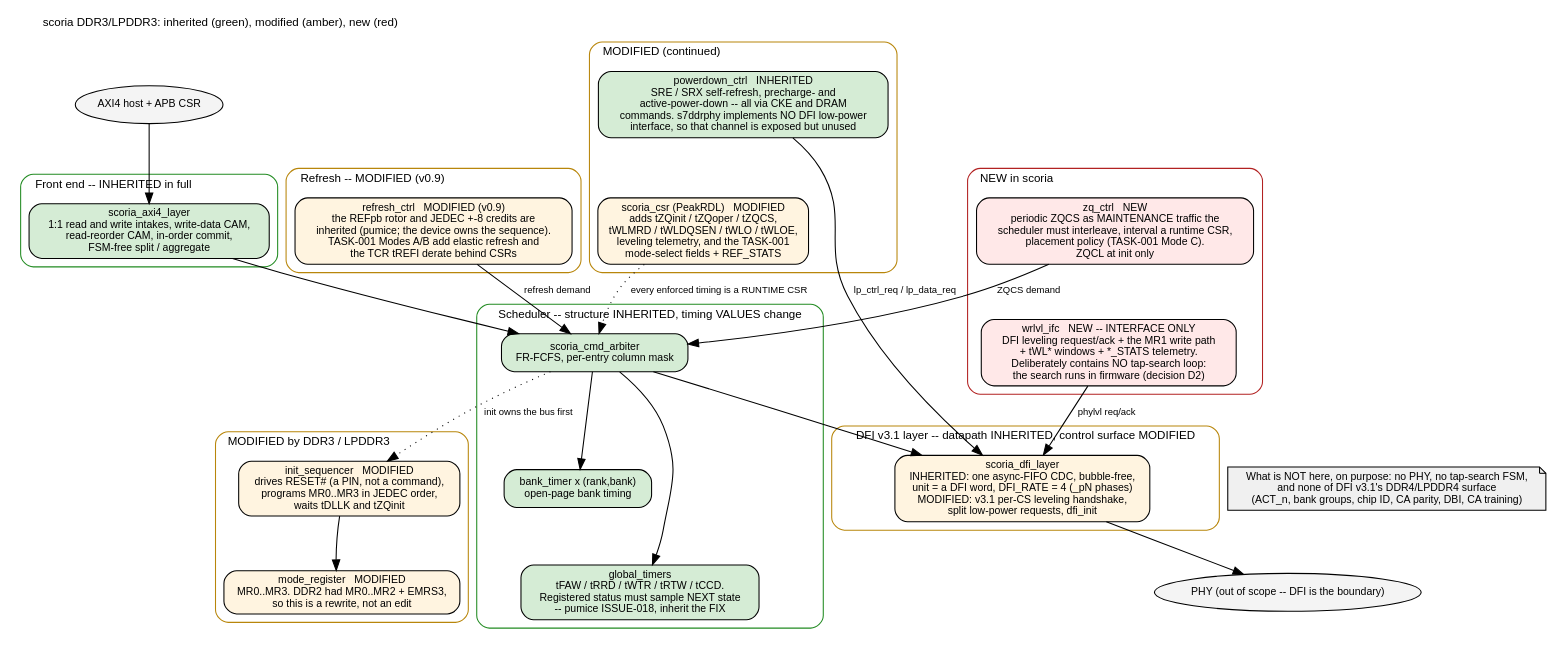
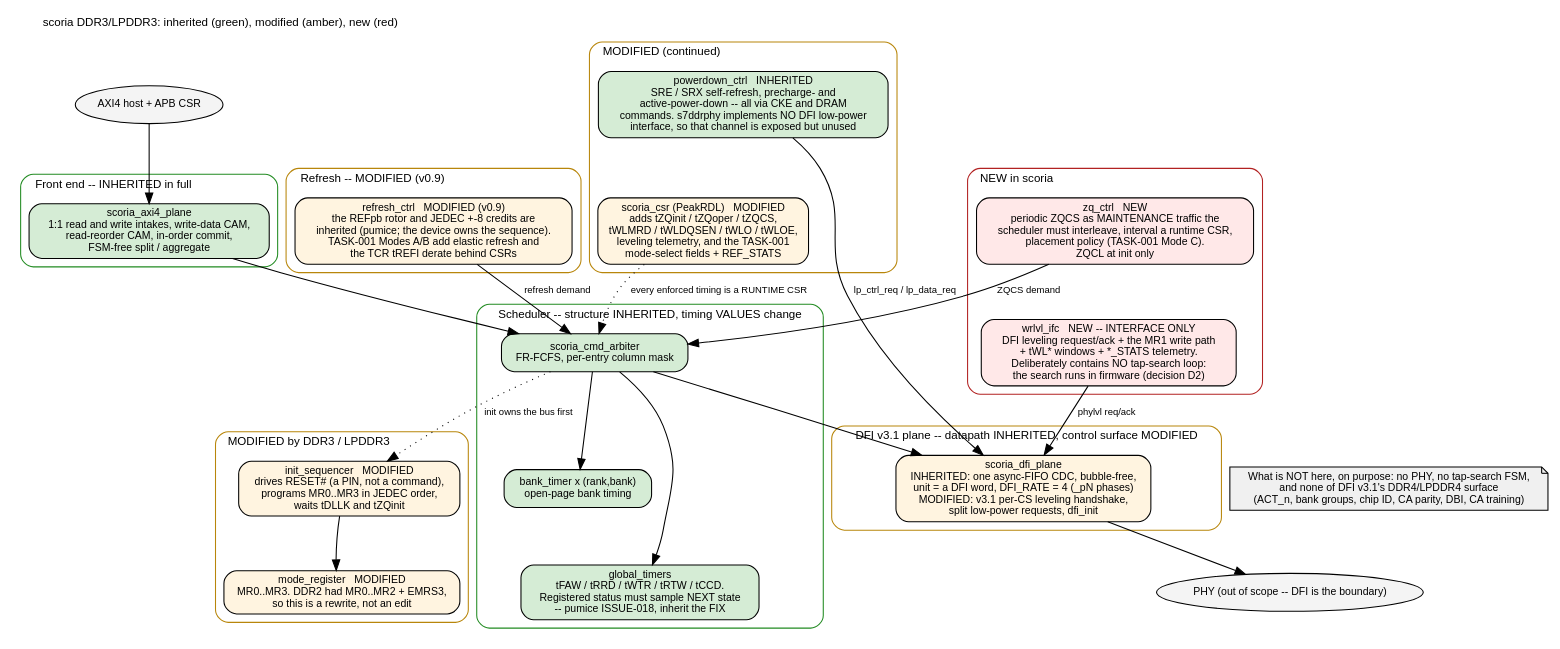
The diagram in projects/components/mem-ctrl-ip/research-ip/scoria-ddr3-lpddr3/docs/scoria_has/assets/graphviz/01_block_diagram.dot (sean-galloway/RTLDesignSherpa), drawn with Graphviz before and after one commit. The commit also changed 406 other files, not shown here.

First line of the commit message:
refactor(mem-ctrl): rename layer -> plane everywhere (owner terminology ruling)

```diff
--- a/projects/components/mem-ctrl-ip/research-ip/scoria-ddr3-lpddr3/docs/scoria_has/assets/graphviz/01_block_diagram.dot
+++ b/projects/components/mem-ctrl-ip/research-ip/scoria-ddr3-lpddr3/docs/scoria_has/assets/graphviz/01_block_diagram.dot
@@ -1,73 +1,73 @@
 // scoria top-level, every block marked against pumice.
 // Green = inherited unchanged. Amber = modified. Red = new.
 digraph scoria_blocks {
     graph [rankdir=TB, fontname="Helvetica", fontsize=11, nodesep=0.3, ranksep=0.55,
            label="scoria DDR3/LPDDR3: inherited (green), modified (amber), new (red)", labelloc=t, labeljust=l];
     node  [fontname="Helvetica", fontsize=10, shape=box, style="rounded,filled"];
     edge  [fontname="Helvetica", fontsize=9];
 
     host [label="AXI4 host + APB CSR", shape=ellipse, fillcolor="#f4f4f4"];
 
     subgraph cluster_fe {
         label="Front end -- INHERITED in full"; style="rounded"; color="#228B22";
-        axi [label="scoria_axi4_layer\n1:1 read and write intakes, write-data CAM,\nread-reorder CAM, in-order commit,\nFSM-free split / aggregate", fillcolor="#d5ecd5"];
+        axi [label="scoria_axi4_plane\n1:1 read and write intakes, write-data CAM,\nread-reorder CAM, in-order commit,\nFSM-free split / aggregate", fillcolor="#d5ecd5"];
     }
 
     subgraph cluster_sched {
         label="Scheduler -- structure INHERITED, timing VALUES change"; style="rounded"; color="#228B22";
         arb  [label="scoria_cmd_arbiter\nFR-FCFS, per-entry column mask", fillcolor="#d5ecd5"];
         bt   [label="bank_timer x (rank,bank)\nopen-page bank timing", fillcolor="#d5ecd5"];
         gt   [label="global_timers\ntFAW / tRRD / tWTR / tRTW / tCCD.\nRegistered status must sample NEXT state\n-- pumice ISSUE-018, inherit the FIX", fillcolor="#d5ecd5"];
         arb -> bt; arb -> gt;
     }
 
     subgraph cluster_mod {
         label="MODIFIED by DDR3 / LPDDR3"; style="rounded"; color="#B8860B";
         init [label="init_sequencer   MODIFIED\ndrives RESET# (a PIN, not a command),\nprograms MR0..MR3 in JEDEC order,\nwaits tDLLK and tZQinit", fillcolor="#fff4e0"];
         mr   [label="mode_register   MODIFIED\nMR0..MR3. DDR2 had MR0..MR2 + EMRS3,\nso this is a rewrite, not an edit", fillcolor="#fff4e0"];
     }
     subgraph cluster_ref {
         label="Refresh -- MODIFIED (v0.9)"; style="rounded"; color="#B8860B";
         ref  [label="refresh_ctrl   MODIFIED (v0.9)\nthe REFpb rotor and JEDEC +-8 credits are\ninherited (pumice; the device owns the sequence).\nTASK-001 Modes A/B add elastic refresh and\nthe TCR tREFI derate behind CSRs", fillcolor="#fff4e0"];
     }
     subgraph cluster_mod2 {
         label="MODIFIED (continued)"; style="rounded"; color="#B8860B";
         pd   [label="powerdown_ctrl   INHERITED\nSRE / SRX self-refresh, precharge- and\nactive-power-down -- all via CKE and DRAM\ncommands. s7ddrphy implements NO DFI low-power\ninterface, so that channel is exposed but unused", fillcolor="#d5ecd5"];
         csr  [label="scoria_csr (PeakRDL)   MODIFIED\nadds tZQinit / tZQoper / tZQCS,\ntWLMRD / tWLDQSEN / tWLO / tWLOE,\nleveling telemetry, and the TASK-001\nmode-select fields + REF_STATS", fillcolor="#fff4e0"];
     }
 
     subgraph cluster_new {
         label="NEW in scoria"; style="rounded"; color="#B22222";
         zq   [label="zq_ctrl   NEW\nperiodic ZQCS as MAINTENANCE traffic the\nscheduler must interleave, interval a runtime CSR,\nplacement policy (TASK-001 Mode C).\nZQCL at init only", fillcolor="#ffe8e8"];
         wl   [label="wrlvl_ifc   NEW -- INTERFACE ONLY\nDFI leveling request/ack + the MR1 write path\n+ tWL* windows + *_STATS telemetry.\nDeliberately contains NO tap-search loop:\nthe search runs in firmware (decision D2)", fillcolor="#ffe8e8"];
     }
 
     subgraph cluster_dfi {
-        label="DFI v3.1 layer -- datapath INHERITED, control surface MODIFIED"; style="rounded"; color="#B8860B";
-        dfi [label="scoria_dfi_layer\nINHERITED: one async-FIFO CDC, bubble-free,\nunit = a DFI word, DFI_RATE = 4 (_pN phases)\nMODIFIED: v3.1 per-CS leveling handshake,\nsplit low-power requests, dfi_init", fillcolor="#fff4e0"];
+        label="DFI v3.1 plane -- datapath INHERITED, control surface MODIFIED"; style="rounded"; color="#B8860B";
+        dfi [label="scoria_dfi_plane\nINHERITED: one async-FIFO CDC, bubble-free,\nunit = a DFI word, DFI_RATE = 4 (_pN phases)\nMODIFIED: v3.1 per-CS leveling handshake,\nsplit low-power requests, dfi_init", fillcolor="#fff4e0"];
     }
 
     phy [label="PHY (out of scope -- DFI is the boundary)", shape=ellipse, fillcolor="#f4f4f4"];
 
     host -> axi; axi -> arb;
     arb -> init [style=dotted, label="init owns the bus first"];
     init -> mr;
     ref -> arb [label="refresh demand"];
     zq  -> arb [label="ZQCS demand"];
     pd  -> dfi [label="lp_ctrl_req / lp_data_req"];
     wl  -> dfi [label="phylvl req/ack"];
     csr -> arb [style=dotted, label="every enforced timing is a RUNTIME CSR"];
     arb -> dfi; dfi -> phy;
 
     // Layout only. Five modified blocks and two new ones placed side by side
     // render 4.2:1, which the page scaler squashes to a sliver -- see
     // vault/handbook/authoring/spec-doc-standards.md. Stack them instead.
     init -> mr [style=invis]; mr -> ref [style=invis]; ref -> pd [style=invis];
     pd -> csr [style=invis];
     csr -> zq [style=invis];
     zq -> wl [style=invis];
     bt -> gt [style=invis];
 
     note [label="What is NOT here, on purpose: no PHY, no tap-search FSM,\nand none of DFI v3.1's DDR4/LPDDR4 surface\n(ACT_n, bank groups, chip ID, CA parity, DBI, CA training)", shape=note, fillcolor="#f0f0f0"];
     note -> phy [style=invis];
 }
```
